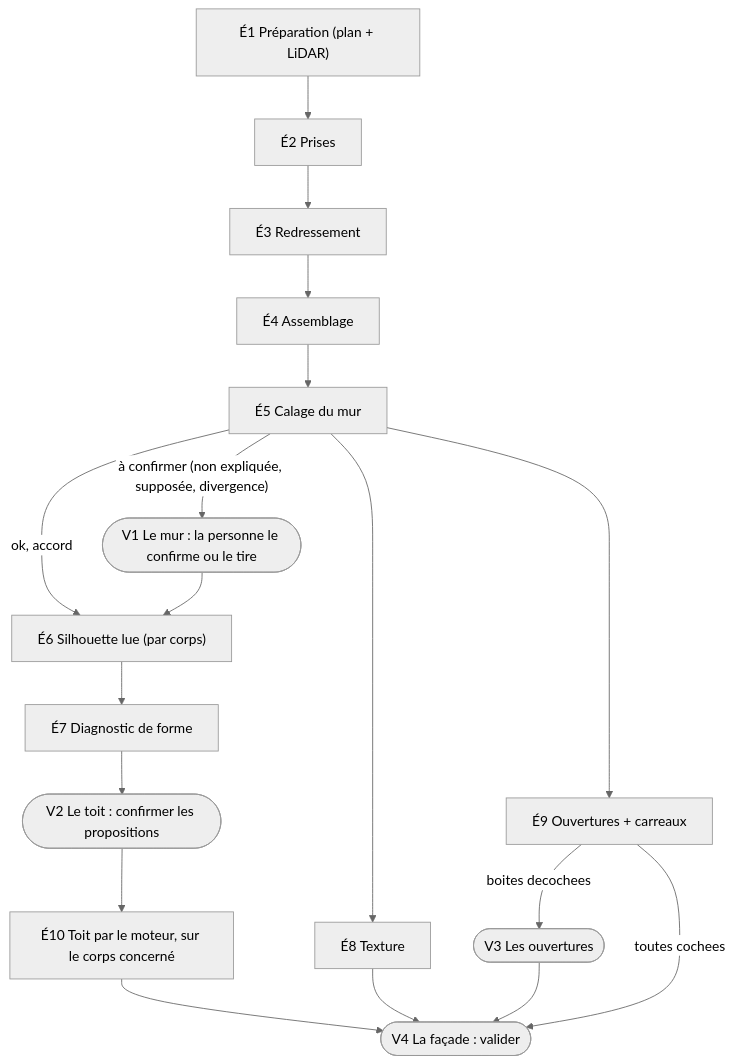
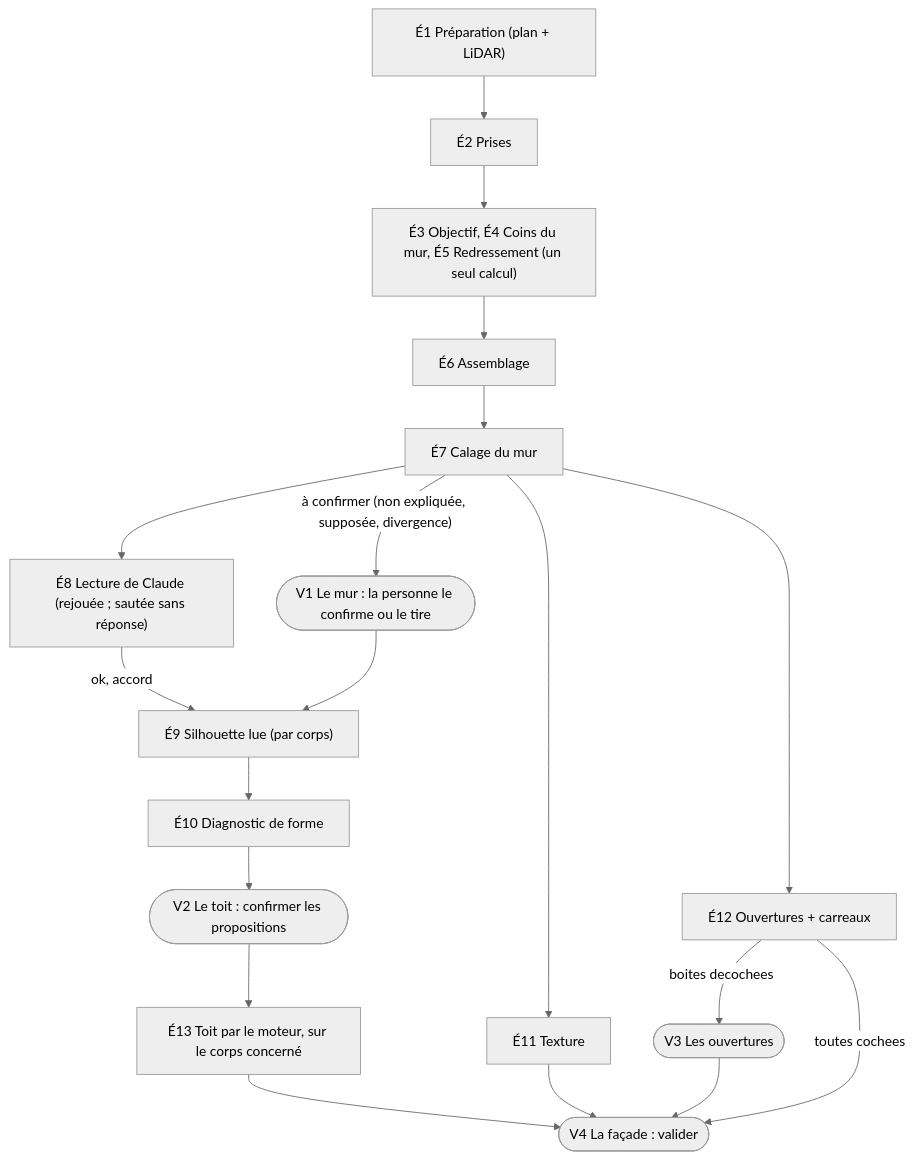
One commit to bertrandra/plan changed the diagram in MD/spec-facade-calage-audit.md. Above: the diagram before and after it, drawn with Mermaid (neutral theme). The commit also changed other lines of this file and 56 other files, not shown here.

````diff
--- a/MD/spec-facade-calage-audit.md
+++ b/MD/spec-facade-calage-audit.md
@@ -589,20 +628,21 @@
 ```mermaid
 flowchart TD
   P["É1 Préparation (plan + LiDAR)"] --> C["É2 Prises"]
-  C --> R["É3 Redressement"]
-  R --> A["É4 Assemblage"]
-  A --> M["É5 Calage du mur"]
-  M -->|"ok, accord"| S["É6 Silhouette lue (par corps)"]
+  C --> R["É3 Objectif, É4 Coins du mur, É5 Redressement (un seul calcul)"]
+  R --> A["É6 Assemblage"]
+  A --> M["É7 Calage du mur"]
+  M --> L["É8 Lecture de Claude (rejouée ; sautée sans réponse)"]
+  L -->|"ok, accord"| S["É9 Silhouette lue (par corps)"]
   M -->|"à confirmer (non expliquée, supposée, divergence)"| V1(["V1 Le mur : la personne le confirme ou le tire"])
   V1 --> S
-  S --> D["É7 Diagnostic de forme"]
+  S --> D["É10 Diagnostic de forme"]
   D --> V2(["V2 Le toit : confirmer les propositions"])
-  V2 --> T["É10 Toit par le moteur, sur le corps concerné"]
-  M --> X["É8 Texture"]
-  M --> O["É9 Ouvertures + carreaux"]
+  V2 --> T["É13 Toit par le moteur, sur le corps concerné"]
+  M --> X["É11 Texture"]
+  M --> O["É12 Ouvertures + carreaux"]
   O -->|"boites decochees"| V3(["V3 Les ouvertures"])
   T --> F(["V4 La façade : valider"])
   X --> F
   V3 --> F
   O -->|"toutes cochees"| F
 ```
````
